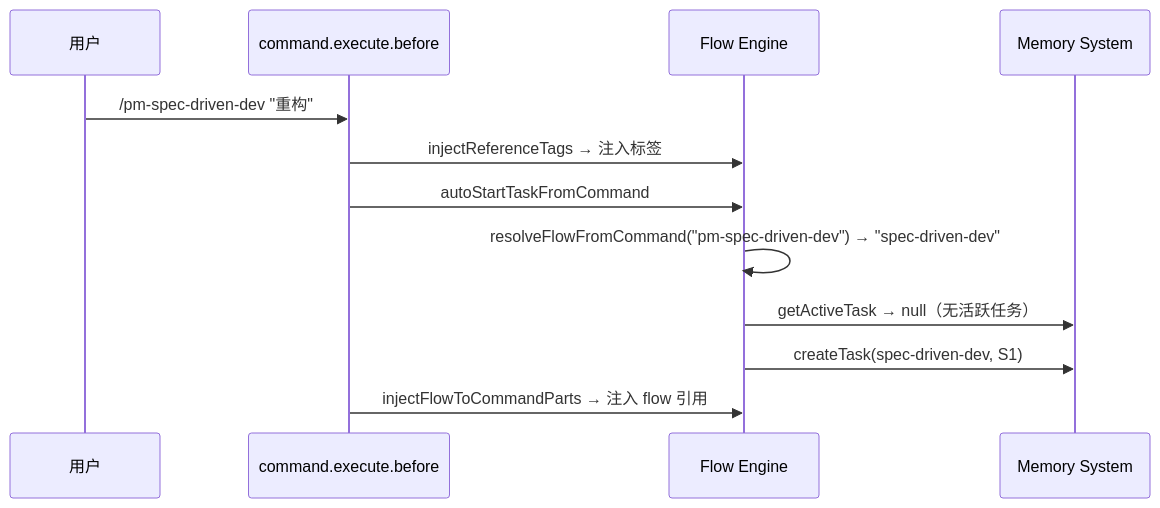
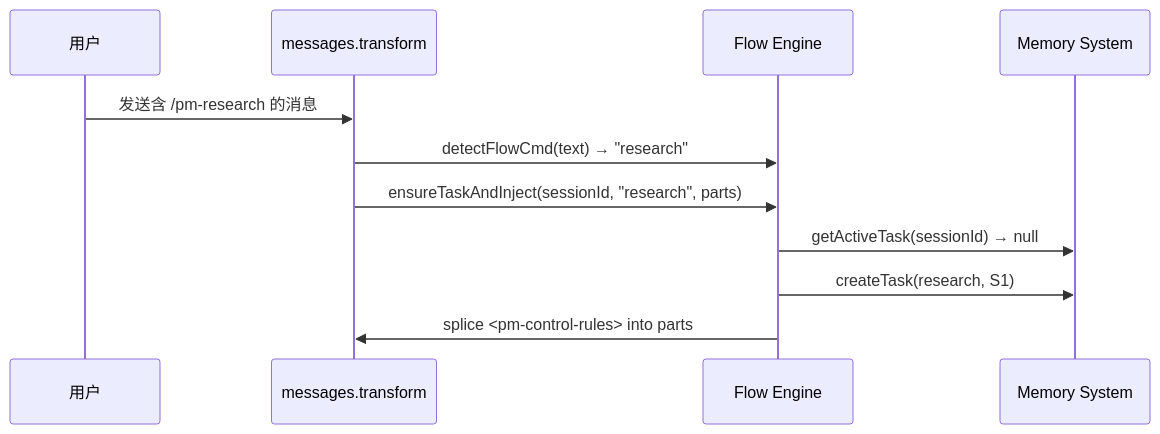
Before and after one commit to hank-cp/opencode-vibe-pm: the diagram in docs/spec/vibe-pm-flow-engine.md, drawn with Mermaid. The commit also changed other lines of this file and 3 other files, not shown here.

First line of the commit message:
docs(spec): 根据 plugin.ts / flow-engine.ts 重构同步更新 Spec 文档

````diff
--- a/docs/spec/vibe-pm-flow-engine.md
+++ b/docs/spec/vibe-pm-flow-engine.md
@@ -62,15 +101,14 @@
 ```mermaid
 sequenceDiagram
     participant User as 用户
-    participant Hook as command.execute.before
+    participant Transform as messages.transform
     participant FE as Flow Engine
     participant Mem as Memory System
 
-    User->>Hook: /pm-spec-driven-dev "重构"
-    Hook->>FE: injectReferenceTags → 注入标签
-    Hook->>FE: autoStartTaskFromCommand
-    FE->>FE: resolveFlowFromCommand("pm-spec-driven-dev") → "spec-driven-dev"
-    FE->>Mem: getActiveTask → null（无活跃任务）
-    FE->>Mem: createTask(spec-driven-dev, S1)
-    Hook->>FE: injectFlowToCommandParts → 注入 flow 引用
+    User->>Transform: 发送含 /pm-research 的消息
+    Transform->>FE: detectFlowCmd(text) → "research"
+    Transform->>FE: ensureTaskAndInject(sessionId, "research", parts)
+    FE->>Mem: getActiveTask(sessionId) → null
+    FE->>Mem: createTask(research, S1)
+    FE->>Transform: splice <pm-control-rules> into parts
 ```
````
